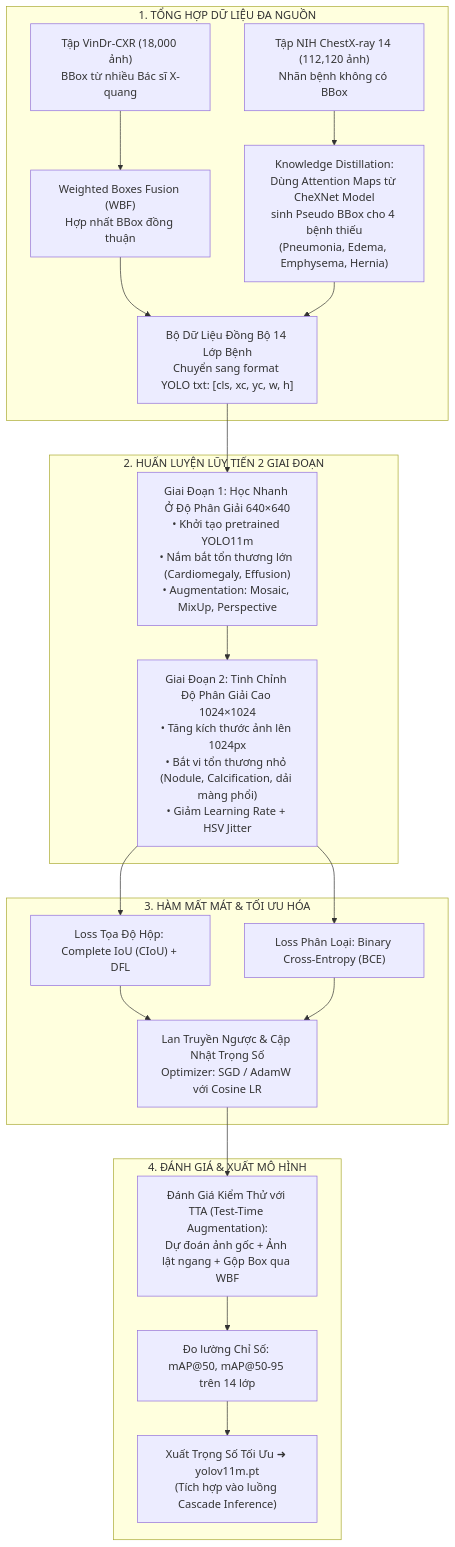
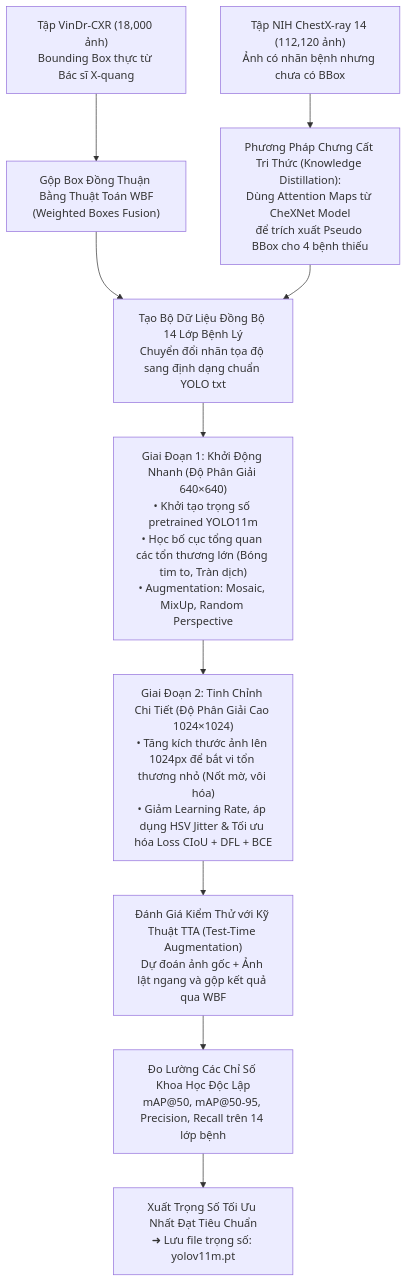
The sixth of 6 diagrams in README.md (lecuong2512/CheXNet), drawn with Mermaid before and after one commit. The commit also changed other lines of this file, not shown here.

Commit message:
docs: redraw 6 modular flowcharts without crossing arrows and fix formula rendering

````diff
--- a/README.md
+++ b/README.md
@@ -386,27 +348,19 @@
 ```mermaid
 flowchart TB
-    subgraph DATA_FORMULATION["1. TỔNG HỢP DỮ LIỆU ĐA NGUỒN"]
-        VINDR_DS["Tập VinDr-CXR (18,000 ảnh)<br/>BBox từ nhiều Bác sĩ X-quang"] --> WBF_CONSENSUS["Weighted Boxes Fusion (WBF)<br/>Hợp nhất BBox đồng thuận"]
-        
-        NIH_DS["Tập NIH ChestX-ray 14 (112,120 ảnh)<br/>Nhãn bệnh không có BBox"] --> PSEUDO_DISTILL["Knowledge Distillation:<br/>Dùng Attention Maps từ CheXNet Model<br/>sinh Pseudo BBox cho 4 bệnh thiếu<br/>(Pneumonia, Edema, Emphysema, Hernia)"]
+    DS_VINDR["Tập VinDr-CXR (18,000 ảnh)<br/>Bounding Box thực từ Bác sĩ X-quang"] --> WBF_STEP["Gộp Box Đồng Thuận Bằng Thuật Toán WBF<br/>(Weighted Boxes Fusion)"]
+    
+    DS_NIH["Tập NIH ChestX-ray 14 (112,120 ảnh)<br/>Ảnh có nhãn bệnh nhưng chưa có BBox"] --> DISTILL_STEP["Phương Pháp Chưng Cất Tri Thức (Knowledge Distillation):<br/>Dùng Attention Maps từ CheXNet Model<br/>để trích xuất Pseudo BBox cho 4 bệnh thiếu"]
 
-        WBF_CONSENSUS & PSEUDO_DISTILL --> UNIFIED_YOLO["Bộ Dữ Liệu Đồng Bộ 14 Lớp Bệnh<br/>Chuyển sang format YOLO txt: [cls, xc, yc, w, h]"]
-    end
+    WBF_STEP --> UNIFIED_DATA["Tạo Bộ Dữ Liệu Đồng Bộ 14 Lớp Bệnh Lý<br/>Chuyển đổi nhãn tọa độ sang định dạng chuẩn YOLO txt"]
+    DISTILL_STEP --> UNIFIED_DATA
 
-    subgraph MULTI_PHASE["2. HUẤN LUYỆN LŨY TIẾN 2 GIAI ĐOẠN"]
-        UNIFIED_YOLO --> PHASE_640["Giai Đoạn 1: Học Nhanh Ở Độ Phân Giải 640×640<br/>• Khởi tạo pretrained YOLO11m<br/>• Nắm bắt tổn thương lớn (Cardiomegaly, Effusion)<br/>• Augmentation: Mosaic, MixUp, Perspective"]
-        PHASE_640 --> PHASE_1024["Giai Đoạn 2: Tinh Chỉnh Độ Phân Giải Cao 1024×1024<br/>• Tăng kích thước ảnh lên 1024px<br/>• Bắt vi tổn thương nhỏ (Nodule, Calcification, dải màng phổi)<br/>• Giảm Learning Rate + HSV Jitter"]
-    end
+    UNIFIED_DATA --> PROG_P1["Giai Đoạn 1: Khởi Động Nhanh (Độ Phân Giải 640×640)<br/>• Khởi tạo trọng số pretrained YOLO11m<br/>• Học bố cục tổng quan các tổn thương lớn (Bóng tim to, Tràn dịch)<br/>• Augmentation: Mosaic, MixUp, Random Perspective"]
 
-    subgraph LOSS_OPTIM["3. HÀM MẤT MÁT & TỐI ƯU HÓA"]
-        PHASE_1024 --> LOSS_DFL_CIOU["Loss Tọa Độ Hộp: Complete IoU (CIoU) + DFL"]
-        PHASE_1024 --> LOSS_BCE["Loss Phân Loại: Binary Cross-Entropy (BCE)"]
-        LOSS_DFL_CIOU & LOSS_BCE --> BACKPROP["Lan Truyền Ngược & Cập Nhật Trọng Số<br/>Optimizer: SGD / AdamW với Cosine LR"]
-    end
+    PROG_P1 --> PROG_P2["Giai Đoạn 2: Tinh Chỉnh Chi Tiết (Độ Phân Giải Cao 1024×1024)<br/>• Tăng kích thước ảnh lên 1024px để bắt vi tổn thương nhỏ (Nốt mờ, vôi hóa)<br/>• Giảm Learning Rate, áp dụng HSV Jitter & Tối ưu hóa Loss CIoU + DFL + BCE"]
 
-    subgraph EVAL_EXPORT["4. ĐÁNH GIÁ & XUẤT MÔ HÌNH"]
-        BACKPROP --> TTA_EVAL["Đánh Giá Kiểm Thử với TTA (Test-Time Augmentation):<br/>Dự đoán ảnh gốc + Ảnh lật ngang + Gộp Box qua WBF"]
-        TTA_EVAL --> MAP_METRICS["Đo lường Chỉ Số: mAP@50, mAP@50-95 trên 14 lớp"]
-        MAP_METRICS --> SAVE_YOLO["Xuất Trọng Số Tối Ưu ➜ yolov11m.pt<br/>(Tích hợp vào luồng Cascade Inference)"]
-    end
+    PROG_P2 --> TTA_TEST["Đánh Giá Kiểm Thử với Kỹ Thuật TTA (Test-Time Augmentation)<br/>Dự đoán ảnh gốc + Ảnh lật ngang và gộp kết quả qua WBF"]
+
+    TTA_TEST --> METRIC_CHECK["Đo Lường Các Chỉ Số Khoa Học Độc Lập<br/>mAP@50, mAP@50-95, Precision, Recall trên 14 lớp bệnh"]
+
+    METRIC_CHECK --> EXPORT_WEIGHTS["Xuất Trọng Số Tối Ưu Nhất Đạt Tiêu Chuẩn<br/>➜ Lưu file trọng số: yolov11m.pt"]
 ```
````
